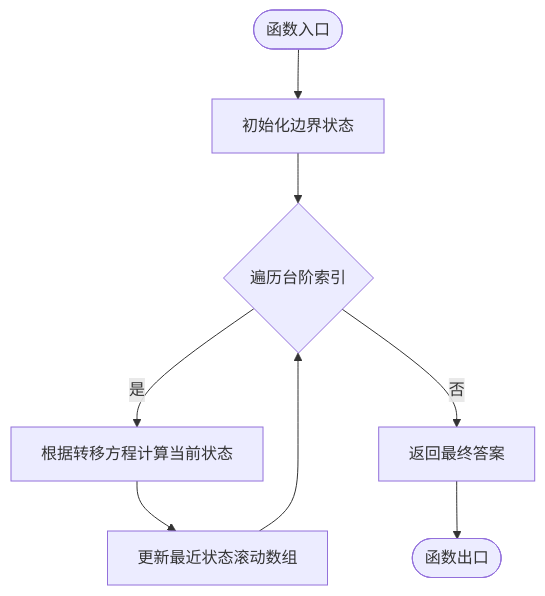
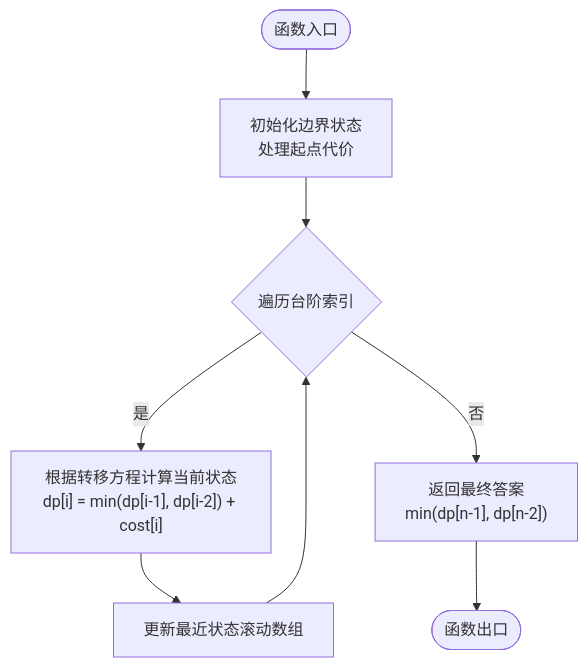
One commit to jameingh/x-leetcode changed the third of 4 diagrams in .qoder/repowiki/zh/content/学习路径指南/第三阶段：高级算法学习指南/动态规划学习指南.md. Above: the diagram before and after it, drawn with Mermaid. The commit also changed other lines of this file and 33 other files, not shown here.

````diff
--- a/.qoder/repowiki/zh/content/学习路径指南/第三阶段：高级算法学习指南/动态规划学习指南.md
+++ b/.qoder/repowiki/zh/content/学习路径指南/第三阶段：高级算法学习指南/动态规划学习指南.md
@@ -123,10 +124,10 @@
 ```mermaid
 flowchart TD
-S(["函数入口"]) --> Init["初始化边界状态"]
+S(["函数入口"]) --> Init["初始化边界状态<br/>处理起点代价"]
 Init --> Loop{"遍历台阶索引"}
-Loop --> |是| Compute["根据转移方程计算当前状态"]
+Loop --> |是| Compute["根据转移方程计算当前状态<br/>dp[i] = min(dp[i-1], dp[i-2]) + cost[i]"]
 Compute --> Update["更新最近状态滚动数组"]
 Update --> Loop
-Loop --> |否| Return["返回最终答案"]
+Loop --> |否| Return["返回最终答案<br/>min(dp[n-1], dp[n-2])"]
 Return --> E(["函数出口"])
 ```
````
